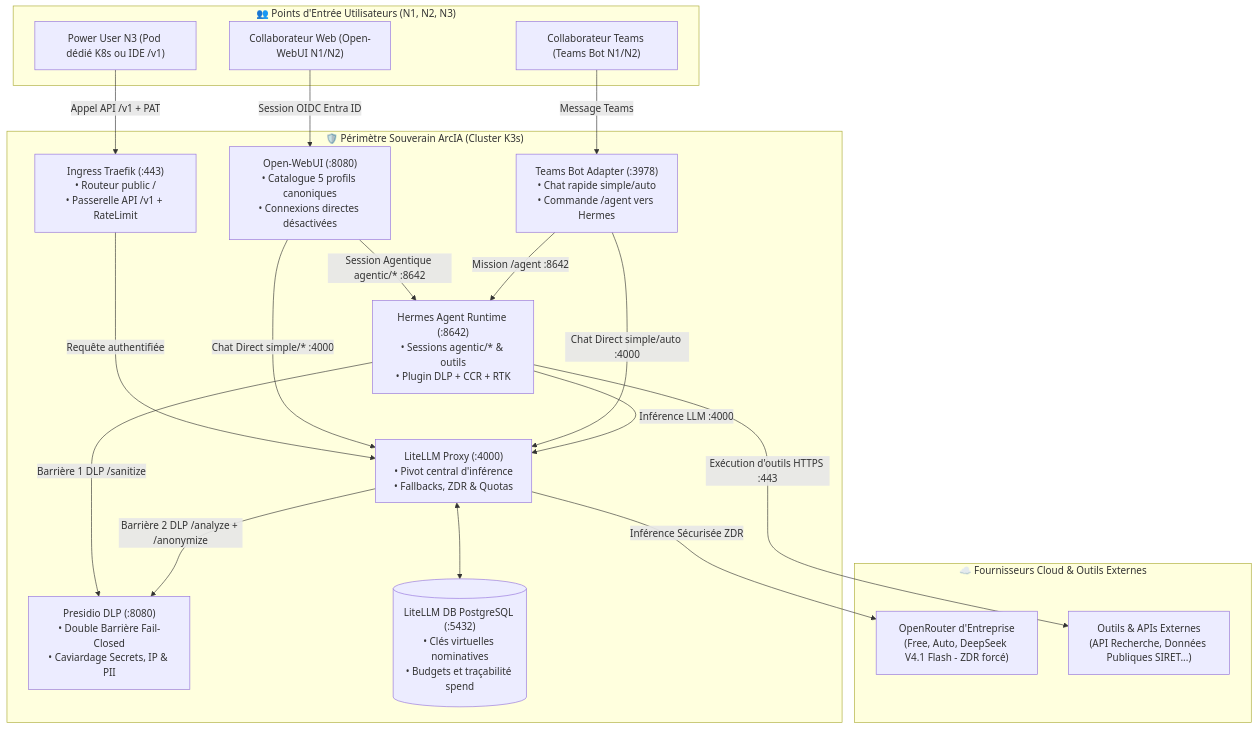
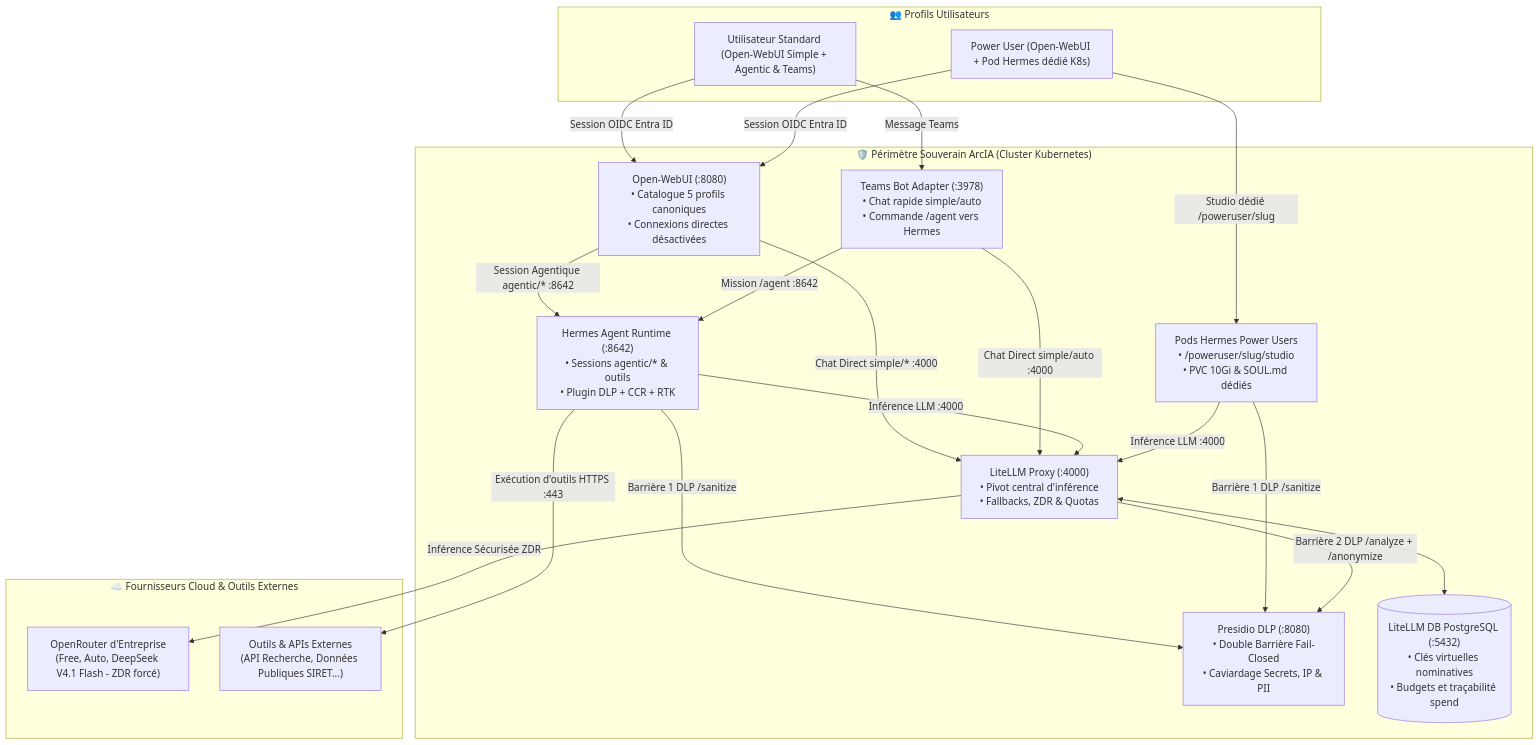
One commit to nicolastheuil/ArcIA changed the first of 2 diagrams in docs/guides/chaine-de-routage.md. Above: the diagram before and after it, drawn with Mermaid. The commit also changed other lines of this file and 20 other files, not shown here.

Commit message:
docs,scripts: simplify user profiles (standard vs poweruser), use root wizard & Spawn-PowerUser wrappers, and clean up README banner

````diff
--- a/docs/guides/chaine-de-routage.md
+++ b/docs/guides/chaine-de-routage.md
@@ -22,41 +24,42 @@
 ```mermaid
 flowchart TD
-    subgraph Clients ["👥 Points d'Entrée Utilisateurs (N1, N2, N3)"]
-        UserWeb["Collaborateur Web (Open-WebUI N1/N2)"]
-        UserTeams["Collaborateur Teams (Teams Bot N1/N2)"]
-        PowerUser["Power User N3 (Pod dédié K8s ou IDE /v1)"]
+    subgraph Clients ["👥 Profils Utilisateurs"]
+        UserStd["Utilisateur Standard (Open-WebUI Simple + Agentic & Teams)"]
+        PowerUser["Power User (Open-WebUI + Pod Hermes dédié K8s)"]
     end
 
-    subgraph SecurityGate ["🛡️ Périmètre Souverain ArcIA (Cluster K3s)"]
+    subgraph SecurityGate ["🛡️ Périmètre Souverain ArcIA (Cluster Kubernetes)"]
         WebUIGate["Open-WebUI (:8080)<br/>• Catalogue 5 profils canoniques<br/>• Connexions directes désactivées"]
         TeamsGate["Teams Bot Adapter (:3978)<br/>• Chat rapide simple/auto<br/>• Commande /agent vers Hermes"]
         HermesAgent["Hermes Agent Runtime (:8642)<br/>• Sessions agentic/* & outils<br/>• Plugin DLP + CCR + RTK"]
-        IngressGate["Ingress Traefik (:443)<br/>• Routeur public /<br/>• Passerelle API /v1 + RateLimit"]
+        HermesPU["Pods Hermes Power Users<br/>• /poweruser/slug/studio<br/>• PVC 10Gi & SOUL.md dédiés"]
         LiteLLMGate["LiteLLM Proxy (:4000)<br/>• Pivot central d'inférence<br/>• Fallbacks, ZDR & Quotas"]
         PresidioGate["Presidio DLP (:8080)<br/>• Double Barrière Fail-Closed<br/>• Caviardage Secrets, IP & PII"]
         LiteLLMDB[("LiteLLM DB PostgreSQL (:5432)<br/>• Clés virtuelles nominatives<br/>• Budgets et traçabilité spend")]
     end
 
     subgraph CloudInference ["☁️ Fournisseurs Cloud & Outils Externes"]
         OpenRouterHub["OpenRouter d'Entreprise<br/>(Free, Auto, DeepSeek V4.1 Flash - ZDR forcé)"]
         ExtTools["Outils & APIs Externes<br/>(API Recherche, Données Publiques SIRET...)"]
     end
 
-    UserWeb -->|Session OIDC Entra ID| WebUIGate
-    UserTeams -->|Message Teams| TeamsGate
-    PowerUser -->|Appel API /v1 + PAT| IngressGate
-    IngressGate -->|Requête authentifiée| LiteLLMGate
+    UserStd -->|Session OIDC Entra ID| WebUIGate
+    UserStd -->|Message Teams| TeamsGate
+    PowerUser -->|Session OIDC Entra ID| WebUIGate
+    PowerUser -->|Studio dédié /poweruser/slug| HermesPU
 
     WebUIGate -->|Chat Direct simple/* :4000| LiteLLMGate
     WebUIGate -->|Session Agentique agentic/* :8642| HermesAgent
     TeamsGate -->|Chat Direct simple/auto :4000| LiteLLMGate
     TeamsGate -->|Mission /agent :8642| HermesAgent
 
     HermesAgent -->|Barrière 1 DLP /sanitize| PresidioGate
     HermesAgent -->|Inférence LLM :4000| LiteLLMGate
     HermesAgent -->|Exécution d'outils HTTPS :443| ExtTools
+    HermesPU -->|Barrière 1 DLP /sanitize| PresidioGate
+    HermesPU -->|Inférence LLM :4000| LiteLLMGate
 
     LiteLLMGate <--> LiteLLMDB
     LiteLLMGate -->|Barrière 2 DLP /analyze + /anonymize| PresidioGate
     LiteLLMGate -->|Inférence Sécurisée ZDR| OpenRouterHub
 ```
````
